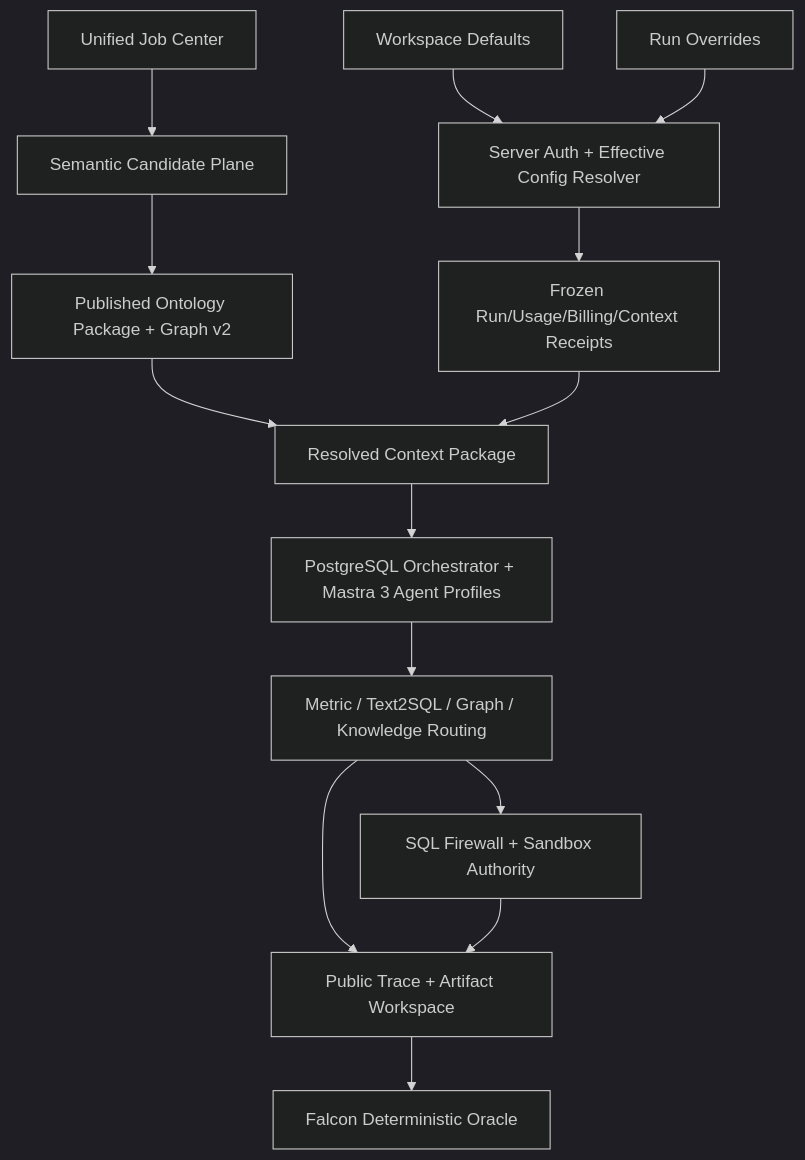
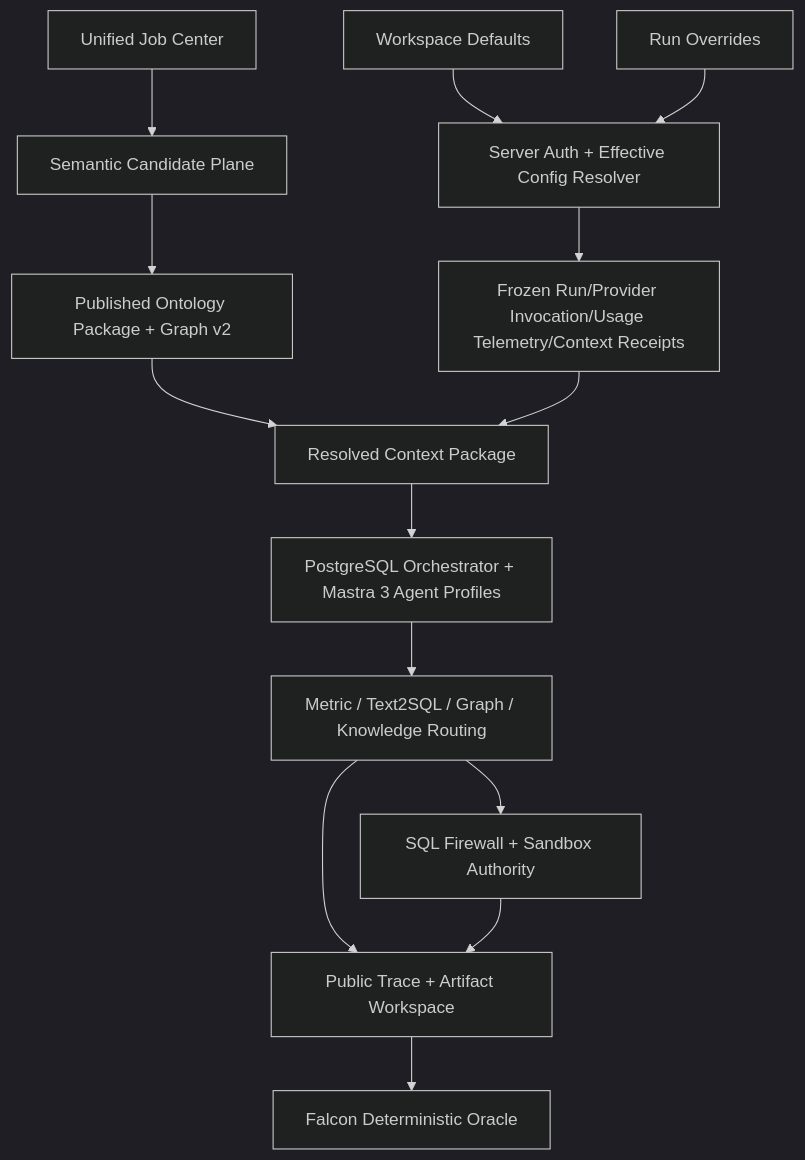
The second of 4 diagrams in docs/plans/2026-08-16-001-feat-datafoundry-coa-migration-plan.md (LienJack/data-agent), drawn with Mermaid (dark theme) before and after one commit. The commit also changed other lines of this file, not shown here.

Commit message:
docs: remove billing from DataFoundry greenfield plan

````diff
--- a/docs/plans/2026-08-16-001-feat-datafoundry-coa-migration-plan.md
+++ b/docs/plans/2026-08-16-001-feat-datafoundry-coa-migration-plan.md
@@ -489,30 +502,30 @@
 ```mermaid
 flowchart TB
     Defaults["Workspace Defaults"]
     Overrides["Run Overrides"]
     Resolver["Server Auth + Effective Config Resolver"]
-    Receipt["Frozen Run/Usage/Billing/Context Receipts"]
+    Receipt["Frozen Run/Provider Invocation/Usage Telemetry/Context Receipts"]
     Job["Unified Job Center"]
     Candidate["Semantic Candidate Plane"]
     Release["Published Ontology Package + Graph v2"]
     Context["Resolved Context Package"]
     Team["PostgreSQL Orchestrator + Mastra 3 Agent Profiles"]
     Runtime["Metric / Text2SQL / Graph / Knowledge Routing"]
     Firewall["SQL Firewall + Sandbox Authority"]
     Console["Public Trace + Artifact Workspace"]
     Falcon["Falcon Deterministic Oracle"]
 
     Defaults --> Resolver
     Overrides --> Resolver
     Resolver --> Receipt
     Job --> Candidate
     Candidate --> Release
     Release --> Context
     Receipt --> Context
     Context --> Team
     Team --> Runtime
     Runtime --> Firewall
     Runtime --> Console
     Firewall --> Console
     Console --> Falcon
 ```
````
